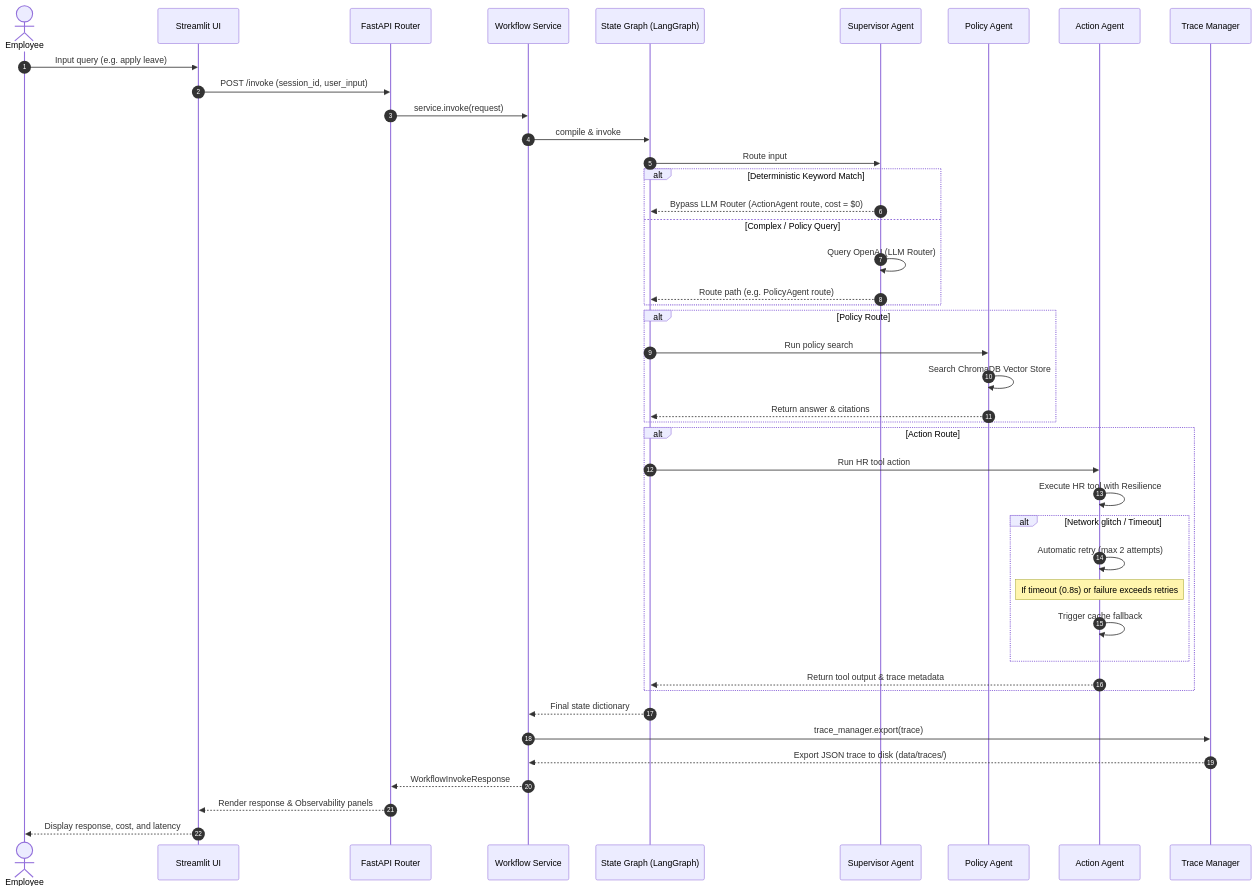
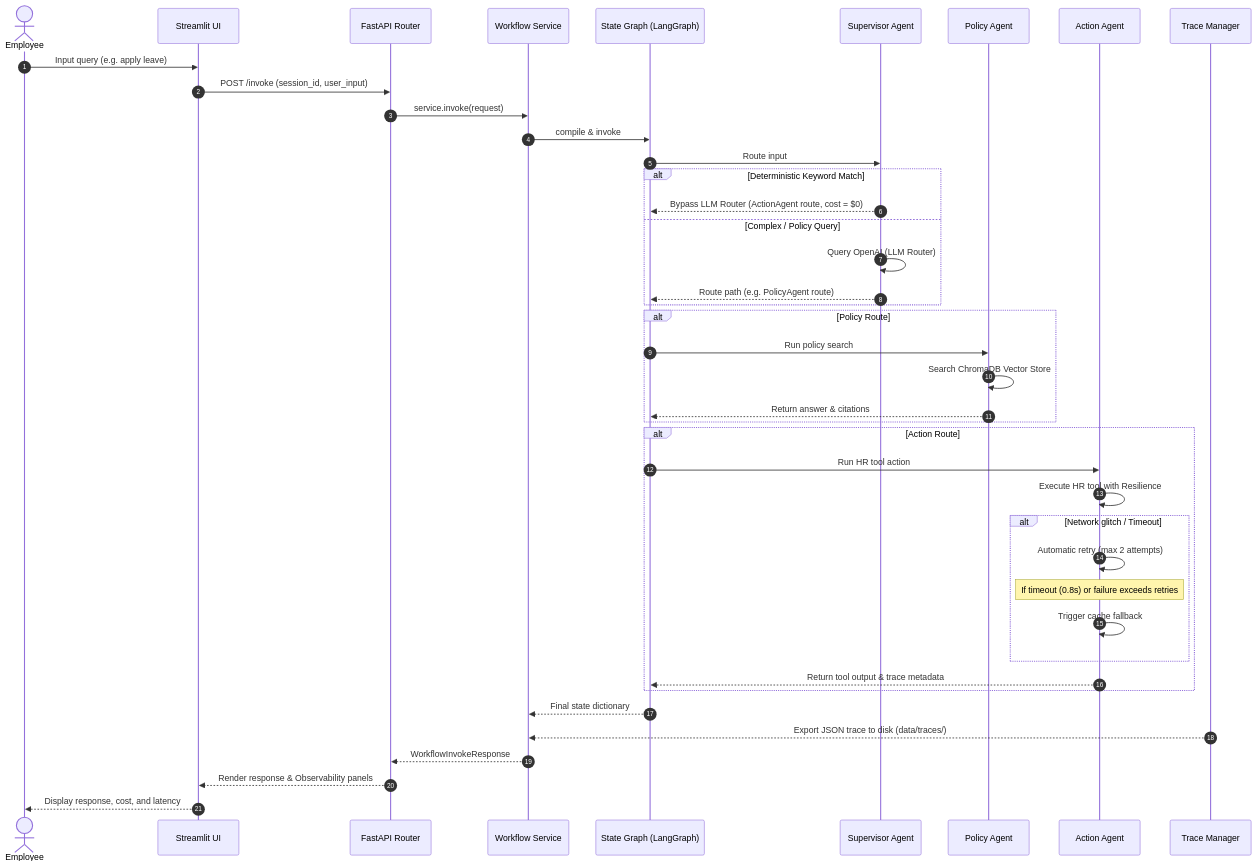
Before and after one commit to lohith261/darwinbox-ai-assignment: the second of 2 diagrams in docs/architecture.md, drawn with Mermaid. The commit also changed other lines of this file and 125 other files, not shown here.

````diff
--- a/docs/architecture.md
+++ b/docs/architecture.md
@@ -41,50 +75,49 @@
 ```mermaid
 sequenceDiagram
     autonumber
     actor Employee
     participant UI as Streamlit UI
     participant API as FastAPI Router
     participant WS as Workflow Service
     participant SG as State Graph (LangGraph)
     participant SA as Supervisor Agent
     participant PA as Policy Agent
     participant AA as Action Agent
     participant TM as Trace Manager
 
     Employee ->> UI: Input query (e.g. apply leave)
     UI ->> API: POST /invoke (session_id, user_input)
     API ->> WS: service.invoke(request)
     WS ->> SG: compile & invoke
     
     SG ->> SA: Route input
     alt Deterministic Keyword Match
         SA -->> SG: Bypass LLM Router (ActionAgent route, cost = $0)
     else Complex / Policy Query
         SA ->> SA: Query OpenAI (LLM Router)
         SA -->> SG: Route path (e.g. PolicyAgent route)
     end
     
     alt Policy Route
         SG ->> PA: Run policy search
         PA ->> PA: Search ChromaDB Vector Store
         PA -->> SG: Return answer & citations
     end
     
     alt Action Route
         SG ->> AA: Run HR tool action
         AA ->> AA: Execute HR tool with Resilience
         alt Network glitch / Timeout
             AA ->> AA: Automatic retry (max 2 attempts)
             Note over AA: If timeout (0.8s) or failure exceeds retries
             AA ->> AA: Trigger cache fallback
         end
         AA -->> SG: Return tool output & trace metadata
     end
     
     SG -->> WS: Final state dictionary
-    WS ->> TM: trace_manager.export(trace)
     TM -->> WS: Export JSON trace to disk (data/traces/)
     WS -->> API: WorkflowInvokeResponse
     API -->> UI: Render response & Observability panels
     UI -->> Employee: Display response, cost, and latency
 ```
````
